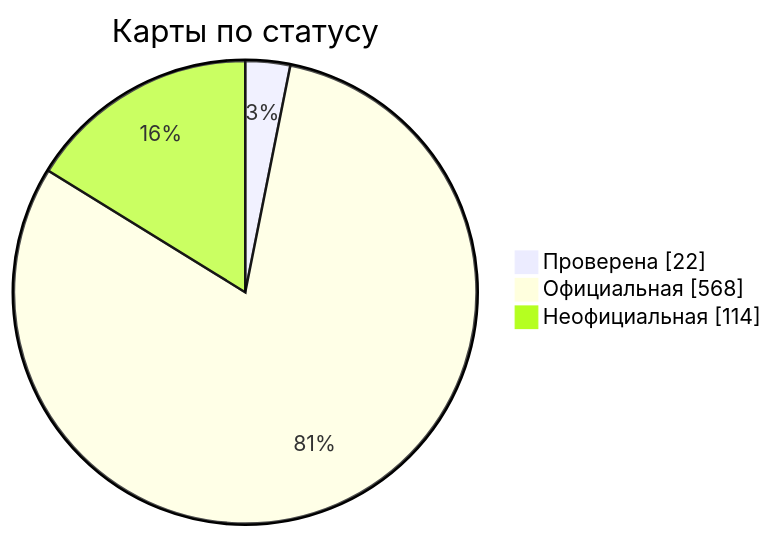
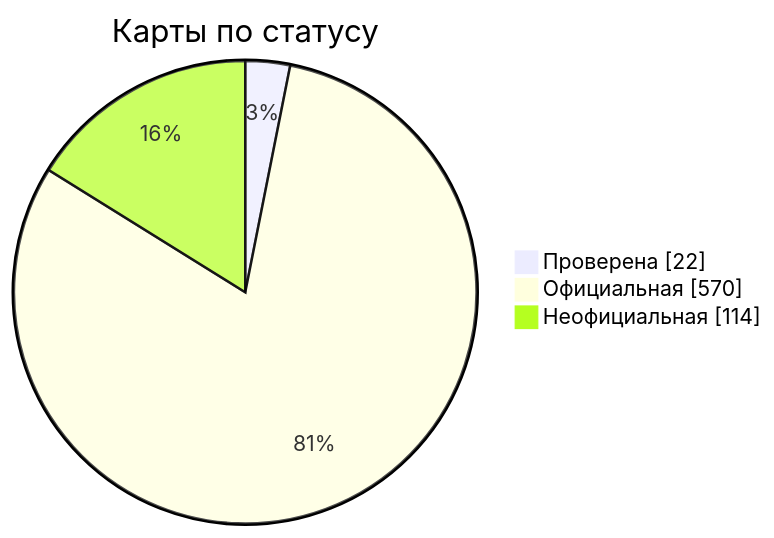
One commit to nobrega8/mbmap-library changed the diagram in docs/readme/README_RU.md. Above: the diagram before and after it, drawn with Mermaid. The commit also changed 7 other files, not shown here.

````diff
--- a/docs/readme/README_RU.md
+++ b/docs/readme/README_RU.md
@@ -54,7 +54,7 @@
 ```mermaid
 pie showData
     title Карты по статусу
     "Проверена" : 22
-    "Официальная" : 568
+    "Официальная" : 570
     "Неофициальная" : 114
 ```
````
